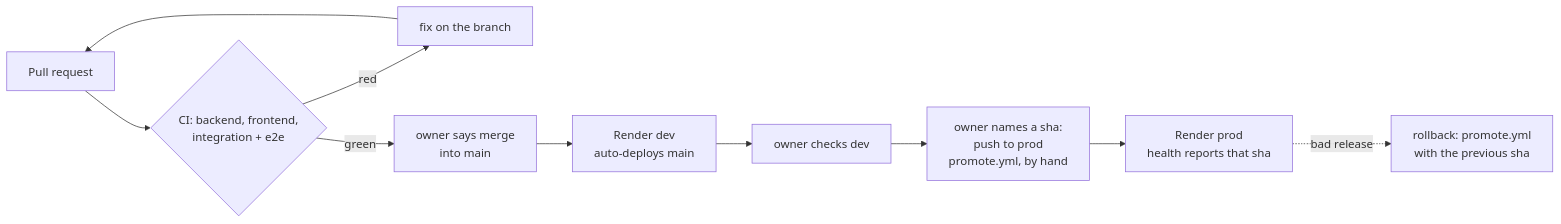
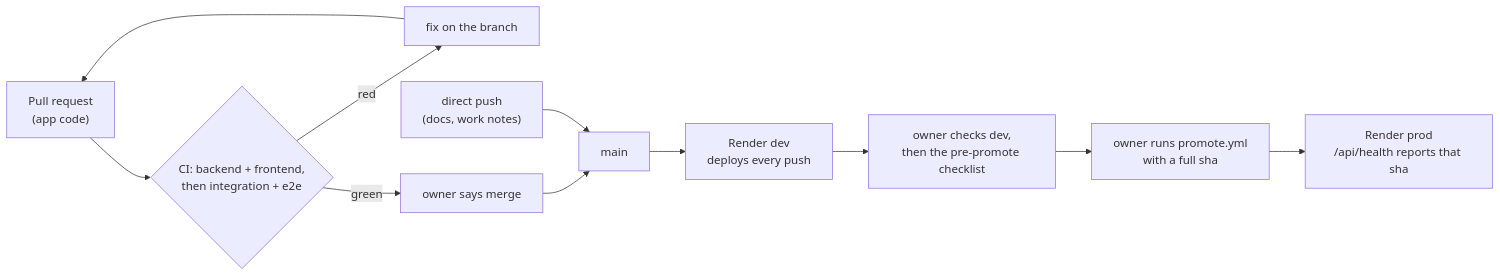
One commit to alexisdacquay/sail-event changed the diagram in docs/release-process.md. Above: the diagram before and after it, drawn with Mermaid. The commit also changed other lines of this file and 13 other files, not shown here.

````diff
--- a/docs/release-process.md
+++ b/docs/release-process.md
@@ -5,11 +5,12 @@
 ```mermaid
 flowchart LR
-    PR["Pull request"] --> CI{"CI: backend, frontend,<br/>integration + e2e"}
+    PR["Pull request<br/>(app code)"] --> CI{"CI: backend + frontend,<br/>then integration + e2e"}
     CI -- red --> FIX["fix on the branch"] --> PR
-    CI -- green --> M["owner says merge<br/>into main"]
-    M --> DEV["Render dev<br/>auto-deploys main"]
-    DEV --> CHECK["owner checks dev"]
-    CHECK --> P["owner names a sha:<br/>push to prod<br/>promote.yml, by hand"]
-    P --> PROD["Render prod<br/>health reports that sha"]
-    PROD -. bad release .-> RB["rollback: promote.yml<br/>with the previous sha"]
+    CI -- green --> M["owner says merge"]
+    M --> MAIN["main"]
+    DIRECT["direct push<br/>(docs, work notes)"] --> MAIN
+    MAIN --> DEV["Render dev<br/>deploys every push"]
+    DEV --> CHECK["owner checks dev,<br/>then the pre-promote checklist"]
+    CHECK --> P["owner runs promote.yml<br/>with a full sha"]
+    P --> PROD["Render prod<br/>/api/health reports that sha"]
 ```
````
